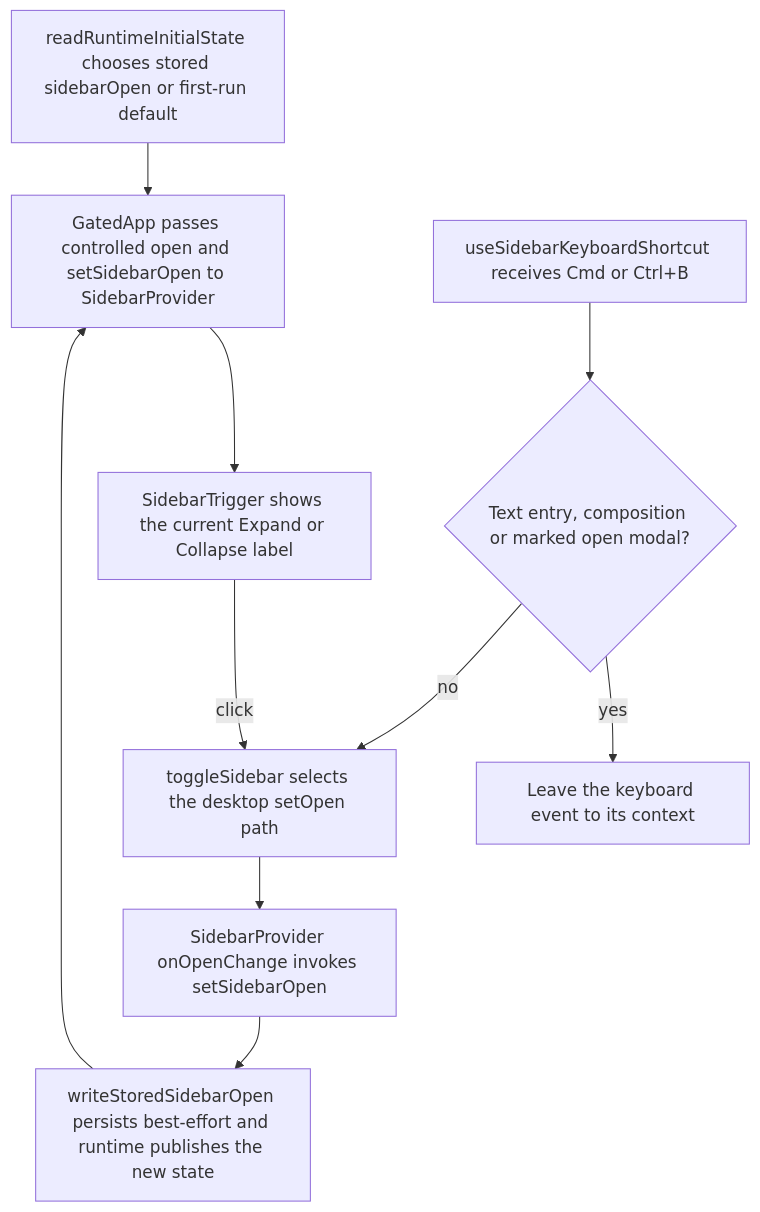
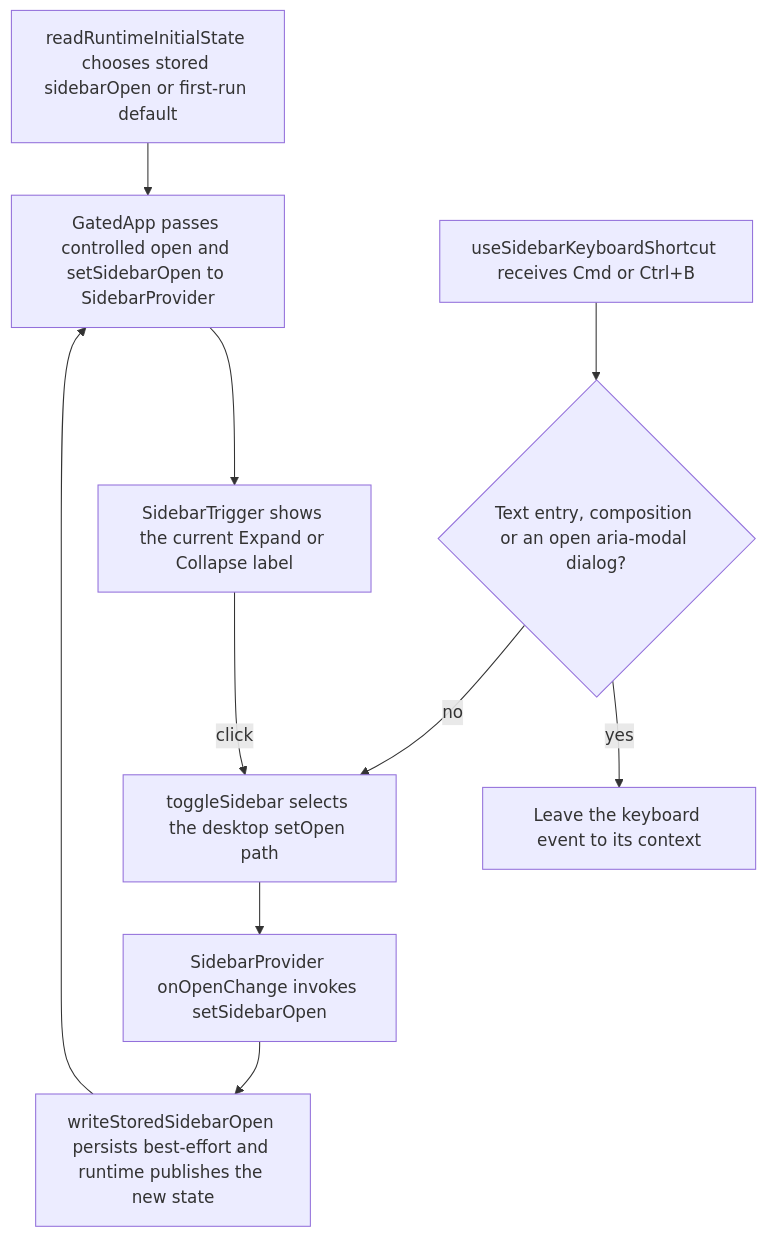
Before and after one commit to Kevinjohn/capacitylens: the second of 2 diagrams in user-stories/navigation/US-NAV-22-desktop-sidebar-toggle.md, drawn with Mermaid. The commit also changed 28 other files, not shown here.

````diff
--- a/user-stories/navigation/US-NAV-22-desktop-sidebar-toggle.md
+++ b/user-stories/navigation/US-NAV-22-desktop-sidebar-toggle.md
@@ -31,12 +31,12 @@
 ```mermaid
 flowchart TD
   pref["readRuntimeInitialState chooses stored sidebarOpen or first-run default"] --> provider["GatedApp passes controlled open and setSidebarOpen to SidebarProvider"]
   provider --> button["SidebarTrigger shows the current Expand or Collapse label"]
   button -->|click| toggle["toggleSidebar selects the desktop setOpen path"]
-  key["useSidebarKeyboardShortcut receives Cmd or Ctrl+B"] --> guard{"Text entry, composition or marked open modal?"}
+  key["useSidebarKeyboardShortcut receives Cmd or Ctrl+B"] --> guard{"Text entry, composition or an open aria-modal dialog?"}
   guard -->|yes| skip["Leave the keyboard event to its context"]
   guard -->|no| toggle
   toggle --> state["SidebarProvider onOpenChange invokes setSidebarOpen"]
   state --> persist["writeStoredSidebarOpen persists best-effort and runtime publishes the new state"]
   persist --> provider
 ```
````
